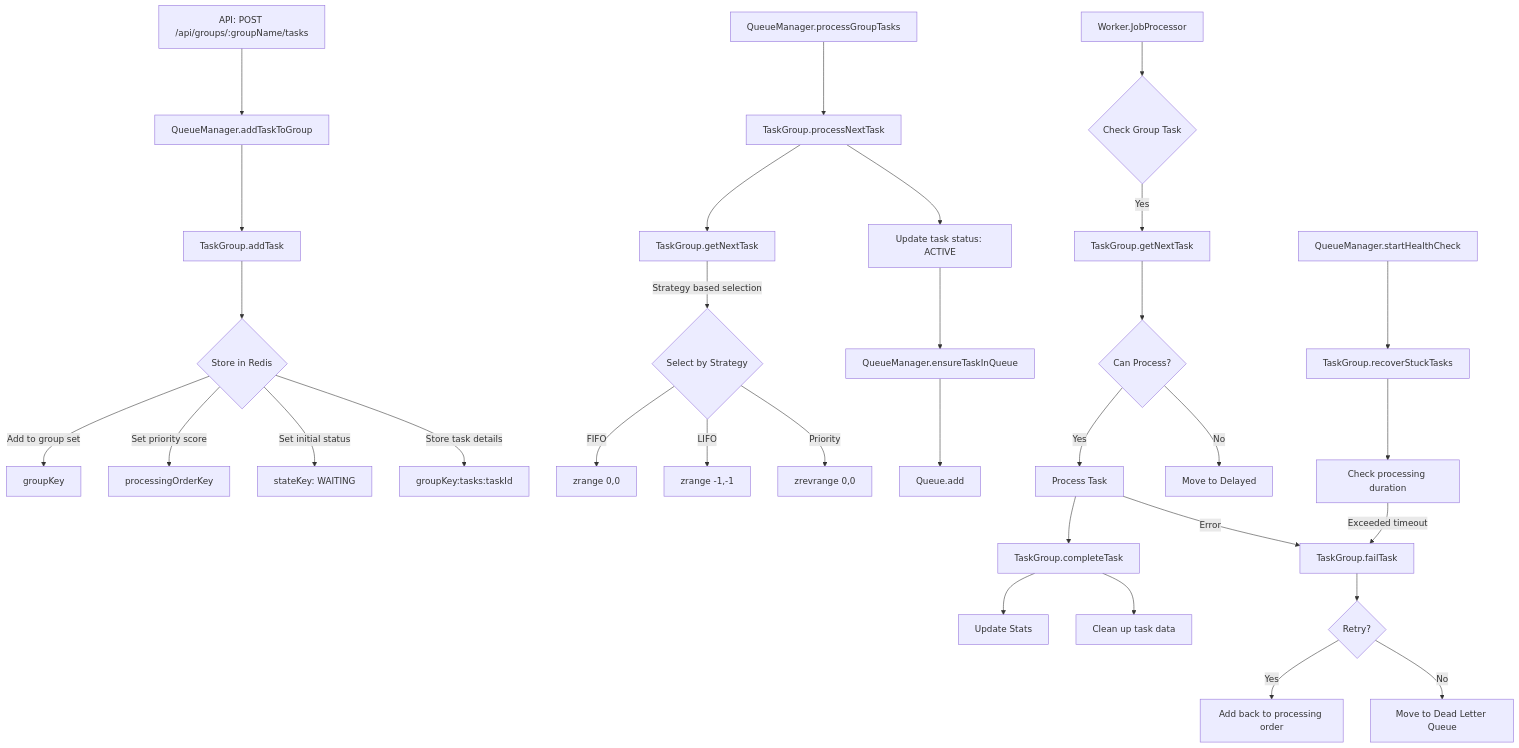
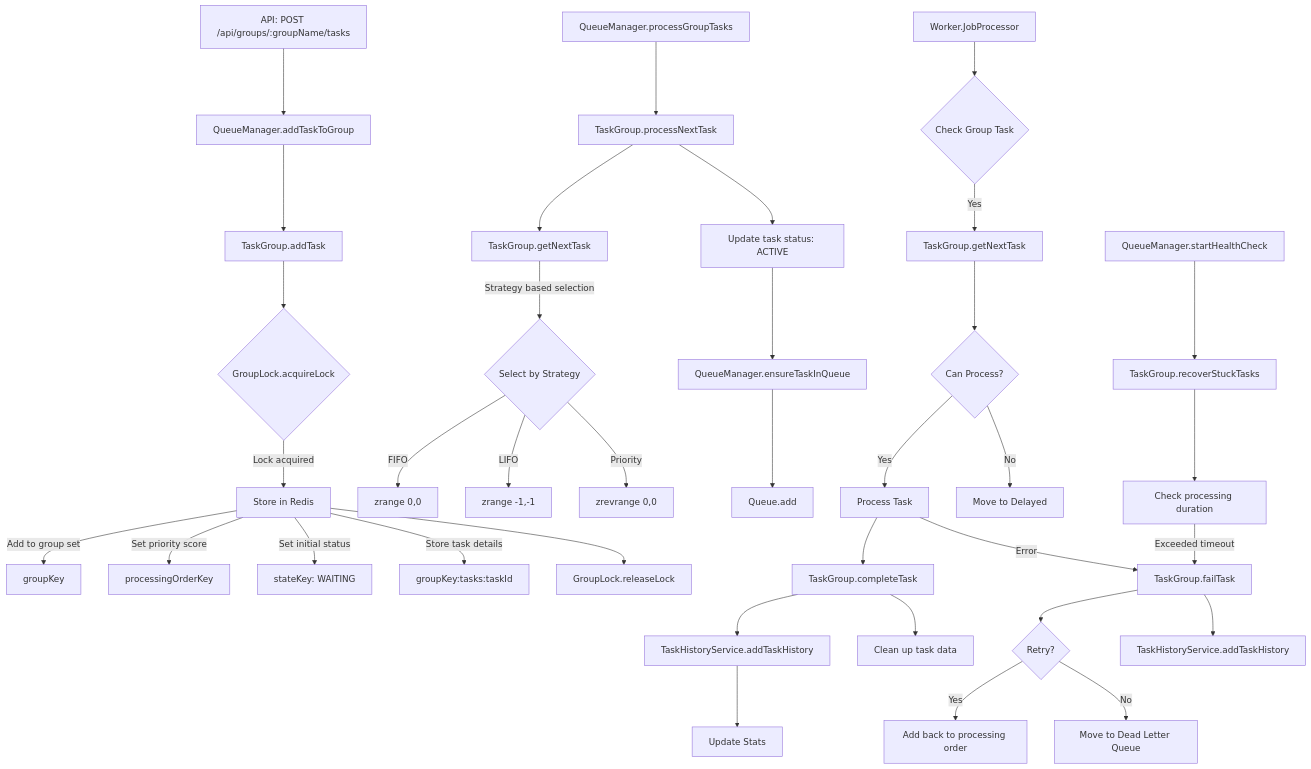
Before and after one commit to theboringhumane/cleo: the fourth of 5 diagrams in packages/core/README.md, drawn with Mermaid. The commit also changed other lines of this file, not shown here.

````diff
--- a/packages/core/README.md
+++ b/packages/core/README.md
@@ -120,49 +171,53 @@
 ```mermaid
 graph TD
     %% API Entry Point
     A[API: POST /api/groups/:groupName/tasks] --> B[QueueManager.addTaskToGroup]
     
     %% Task Addition Flow
     B --> C[TaskGroup.addTask]
-    C --> D{Store in Redis}
-    D --> |Add to group set| E[groupKey]
-    D --> |Set priority score| F[processingOrderKey]
-    D --> |Set initial status| G[stateKey: WAITING]
-    D --> |Store task details| H[groupKey:tasks:taskId]
+    C --> D{GroupLock.acquireLock}
+    D --> |Lock acquired| E[Store in Redis]
+    E --> |Add to group set| F[groupKey]
+    E --> |Set priority score| G[processingOrderKey]
+    E --> |Set initial status| H[stateKey: WAITING]
+    E --> |Store task details| I[groupKey:tasks:taskId]
+    E --> J[GroupLock.releaseLock]
 
     %% Processing Flow
-    I[QueueManager.processGroupTasks] --> J[TaskGroup.processNextTask]
-    J --> K[TaskGroup.getNextTask]
-    K --> |Strategy based selection| L{Select by Strategy}
-    L --> |FIFO| M[zrange 0,0]
-    L --> |LIFO| N[zrange -1,-1]
-    L --> |Priority| O[zrevrange 0,0]
+    K[QueueManager.processGroupTasks] --> L[TaskGroup.processNextTask]
+    L --> M[TaskGroup.getNextTask]
+    M --> |Strategy based selection| N{Select by Strategy}
+    N --> |FIFO| O[zrange 0,0]
+    N --> |LIFO| P[zrange -1,-1]
+    N --> |Priority| Q[zrevrange 0,0]
     
     %% Task Processing
-    J --> P[Update task status: ACTIVE]
-    P --> Q[QueueManager.ensureTaskInQueue]
-    Q --> R[Queue.add]
+    L --> R[Update task status: ACTIVE]
+    R --> S[QueueManager.ensureTaskInQueue]
+    S --> T[Queue.add]
     
     %% Worker Processing
-    S[Worker.JobProcessor] --> T{Check Group Task}
-    T --> |Yes| U[TaskGroup.getNextTask]
-    U --> V{Can Process?}
-    V --> |Yes| W[Process Task]
-    V --> |No| X[Move to Delayed]
+    U[Worker.JobProcessor] --> V{Check Group Task}
+    V --> |Yes| W[TaskGroup.getNextTask]
+    W --> X{Can Process?}
+    X --> |Yes| Y[Process Task]
+    X --> |No| Z[Move to Delayed]
     
-    %% Task Completion
-    W --> Y[TaskGroup.completeTask]
-    Y --> Z[Update Stats]
-    Y --> AA[Clean up task data]
+    %% Task Completion & History
+    Y --> AA[TaskGroup.completeTask]
+    AA --> BB[TaskHistoryService.addTaskHistory]
+    BB --> CC[Update Stats]
+    AA --> DD[Clean up task data]
     
     %% Error Handling
-    W --> |Error| BB[TaskGroup.failTask]
-    BB --> CC{Retry?}
-    CC --> |Yes| DD[Add back to processing order]
-    CC --> |No| EE[Move to Dead Letter Queue]
+    Y --> |Error| EE[TaskGroup.failTask]
+    EE --> FF{Retry?}
+    FF --> |Yes| GG[Add back to processing order]
+    FF --> |No| HH[Move to Dead Letter Queue]
+    EE --> II[TaskHistoryService.addTaskHistory]
 
     %% Health Check
-    FF[QueueManager.startHealthCheck] --> GG[TaskGroup.recoverStuckTasks]
-    GG --> HH[Check processing duration]
-    HH --> |Exceeded timeout| BB
+    JJ[QueueManager.startHealthCheck] --> KK[TaskGroup.recoverStuckTasks]
+    KK --> LL[Check processing duration]
+    LL --> |Exceeded timeout| EE
 ```
````
